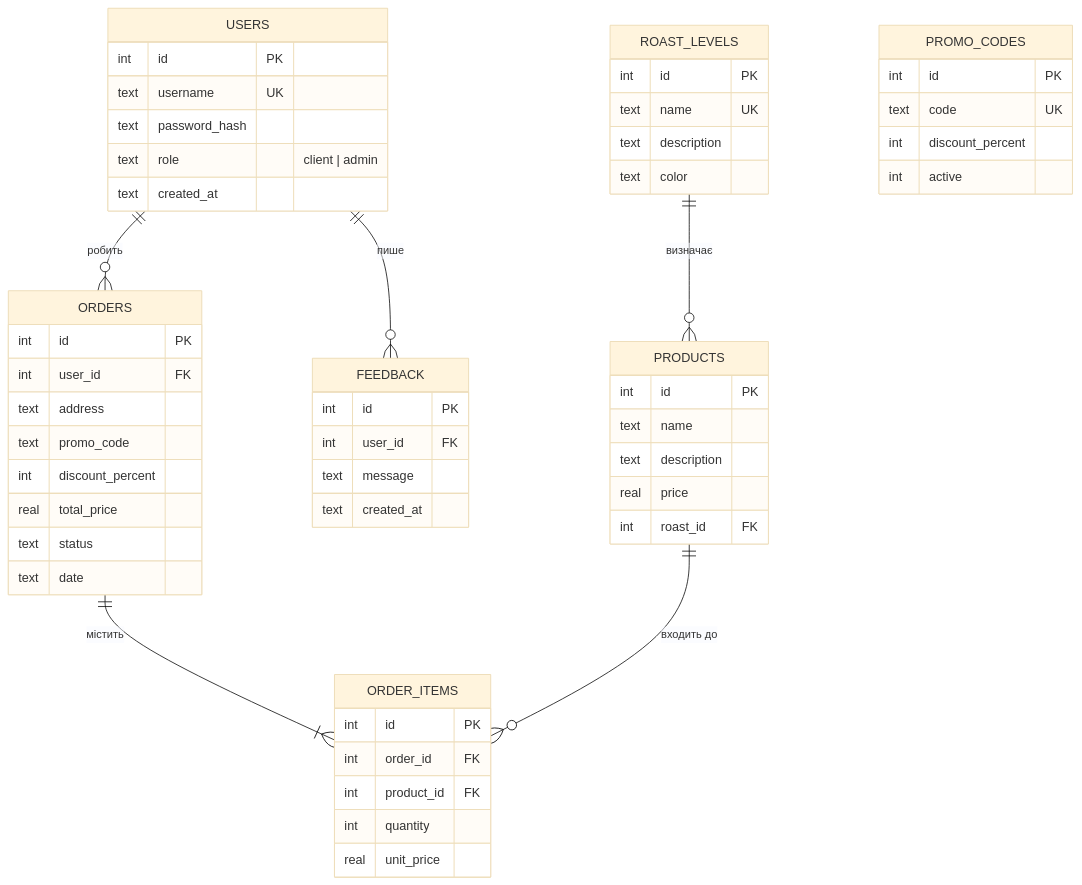
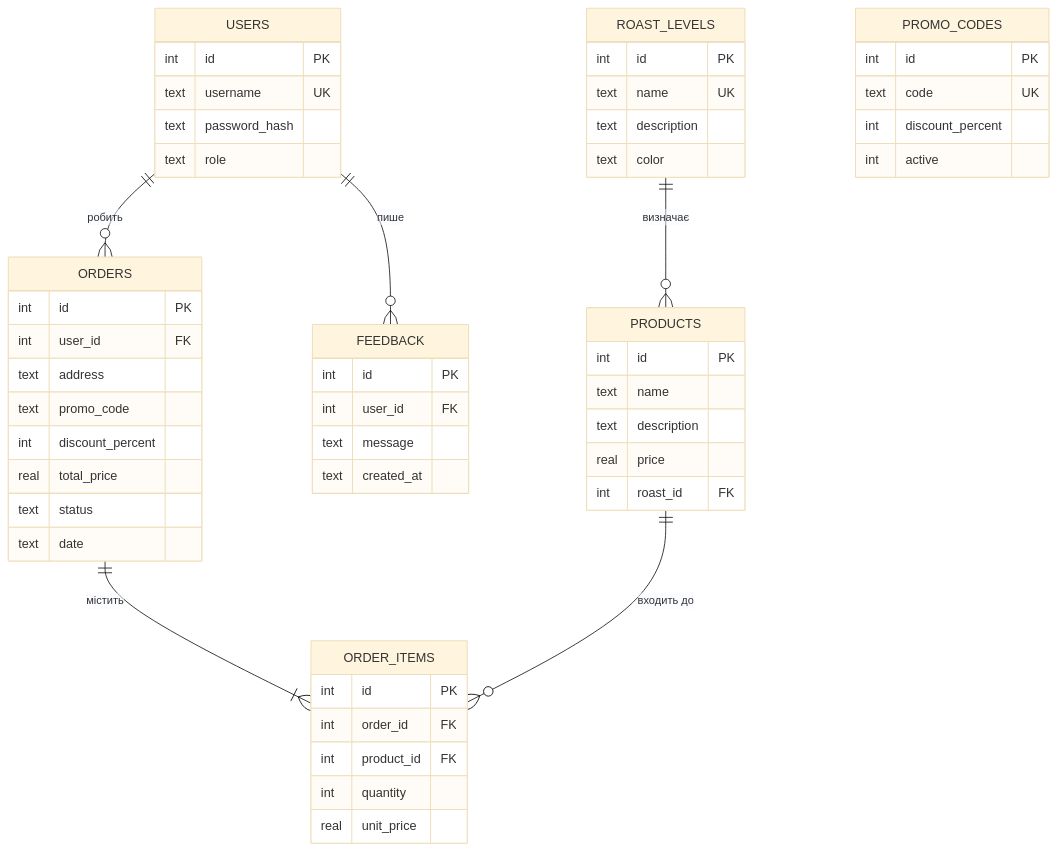
One commit to misha808/coffee-roastery changed the diagram in README.md. Above: the diagram before and after it, drawn with Mermaid (base theme). The commit also changed other lines of this file and 24 other files, not shown here.

````diff
--- a/README.md
+++ b/README.md
@@ -66,57 +242,42 @@
 ```mermaid
 erDiagram
     USERS ||--o{ ORDERS : "робить"
     USERS ||--o{ FEEDBACK : "пише"
     ROAST_LEVELS ||--o{ PRODUCTS : "визначає"
     ORDERS ||--|{ ORDER_ITEMS : "містить"
     PRODUCTS ||--o{ ORDER_ITEMS : "входить до"
-    USERS {
-        int id PK
+    USERS { int id PK
         text username UK
         text password_hash
-        text role "client | admin"
-        text created_at
-    }
-    ROAST_LEVELS {
-        int id PK
+        text role }
+    ROAST_LEVELS { int id PK
         text name UK
         text description
-        text color
-    }
-    PRODUCTS {
-        int id PK
+        text color }
+    PRODUCTS { int id PK
         text name
         text description
         real price
-        int roast_id FK
-    }
-    FEEDBACK {
-        int id PK
+        int roast_id FK }
+    FEEDBACK { int id PK
         int user_id FK
         text message
-        text created_at
-    }
-    PROMO_CODES {
-        int id PK
+        text created_at }
+    PROMO_CODES { int id PK
         text code UK
         int discount_percent
-        int active
-    }
-    ORDERS {
-        int id PK
+        int active }
+    ORDERS { int id PK
         int user_id FK
         text address
         text promo_code
         int discount_percent
         real total_price
         text status
-        text date
-    }
-    ORDER_ITEMS {
-        int id PK
+        text date }
+    ORDER_ITEMS { int id PK
         int order_id FK
         int product_id FK
         int quantity
-        real unit_price
-    }
+        real unit_price }
 ```
````
